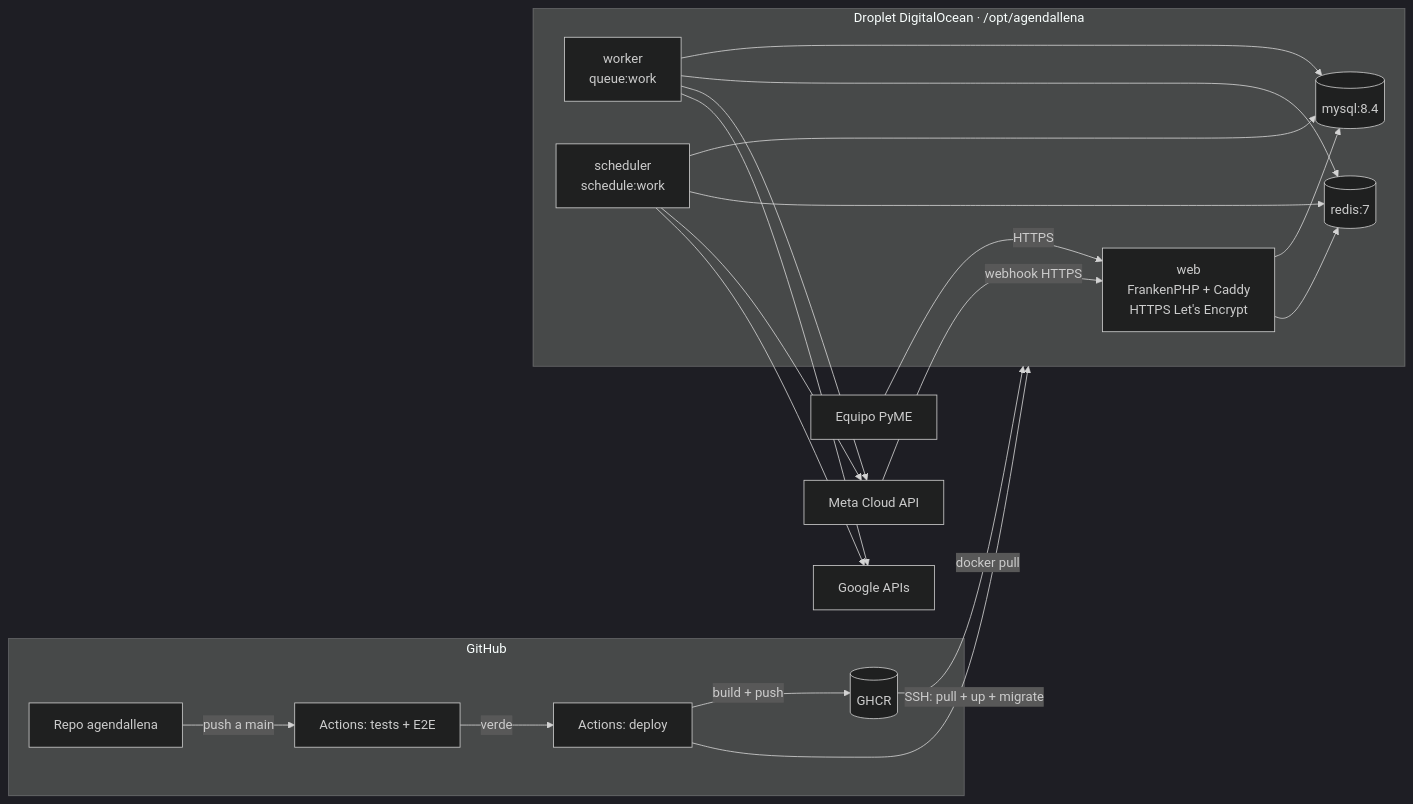
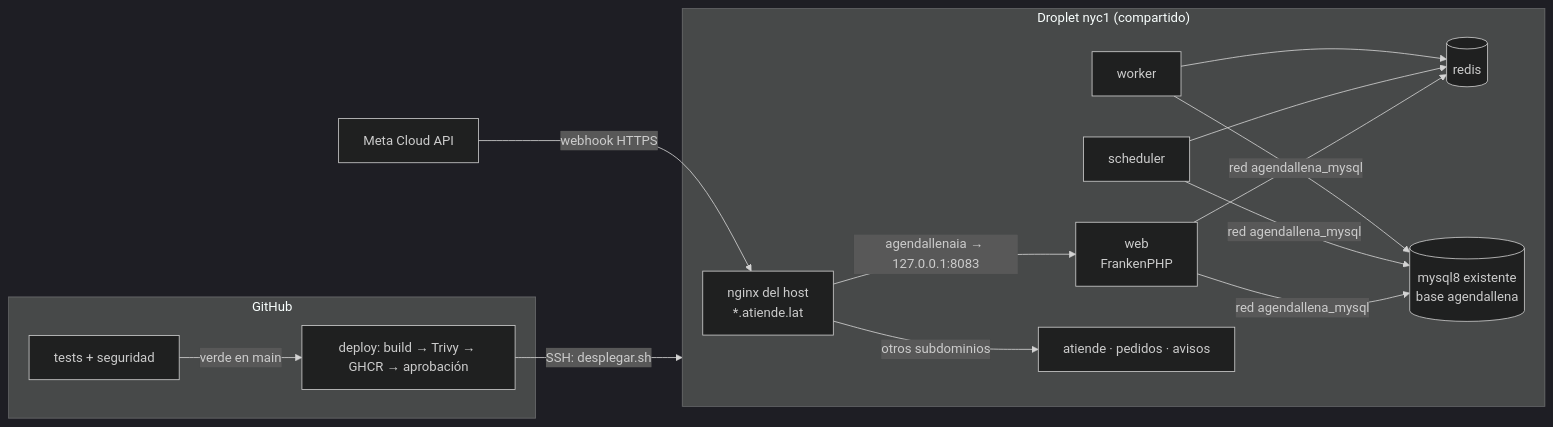
The second of 3 diagrams in readme.md (diegomottadev/agendallenaia), drawn with Mermaid (dark theme) before and after one commit. The commit also changed other lines of this file and 1 other file, not shown here.

````diff
--- a/readme.md
+++ b/readme.md
@@ -311,23 +332,15 @@
 ```mermaid
 flowchart LR
     subgraph GH["GitHub"]
-        Repo["Repo agendallena"] -->|push a main| CI["Actions: tests + E2E"]
-        CI -->|verde| CD["Actions: deploy"]
-        CD -->|build + push| GHCR[("GHCR")]
+        CI["tests + seguridad"] -->|verde en main| CD["deploy: build → Trivy → GHCR → aprobación"]
     end
-
-    subgraph DO["Droplet DigitalOcean · /opt/agendallena"]
-        Web["web<br>FrankenPHP + Caddy<br>HTTPS Let's Encrypt"]
-        Worker["worker<br>queue:work"]
-        Sched["scheduler<br>schedule:work"]
-        MySQL[("mysql:8.4")]
-        Redis[("redis:7")]
+    subgraph SRV["Droplet nyc1 (compartido)"]
+        NG["nginx del host<br>*.atiende.lat"]
+        NG -->|"agendallenaia → 127.0.0.1:8083"| Web["web<br>FrankenPHP"]
+        Worker["worker"] & Sched["scheduler"] & Web --> Redis[("redis")]
+        Worker & Sched & Web -->|red agendallena_mysql| MySQL[("mysql8 existente<br>base agendallena")]
+        NG -->|otros subdominios| Otros["atiende · pedidos · avisos"]
     end
-
-    Meta["Meta Cloud API"] -->|webhook HTTPS| Web
-    Usuario["Equipo PyME"] -->|HTTPS| Web
-    Web & Worker & Sched --> MySQL & Redis
-    Worker & Sched --> Meta & Google["Google APIs"]
-    CD -->|SSH: pull + up + migrate| DO
-    GHCR -->|docker pull| DO
+    Meta["Meta Cloud API"] -->|webhook HTTPS| NG
+    CD -->|SSH: desplegar.sh| SRV
 ```
````
